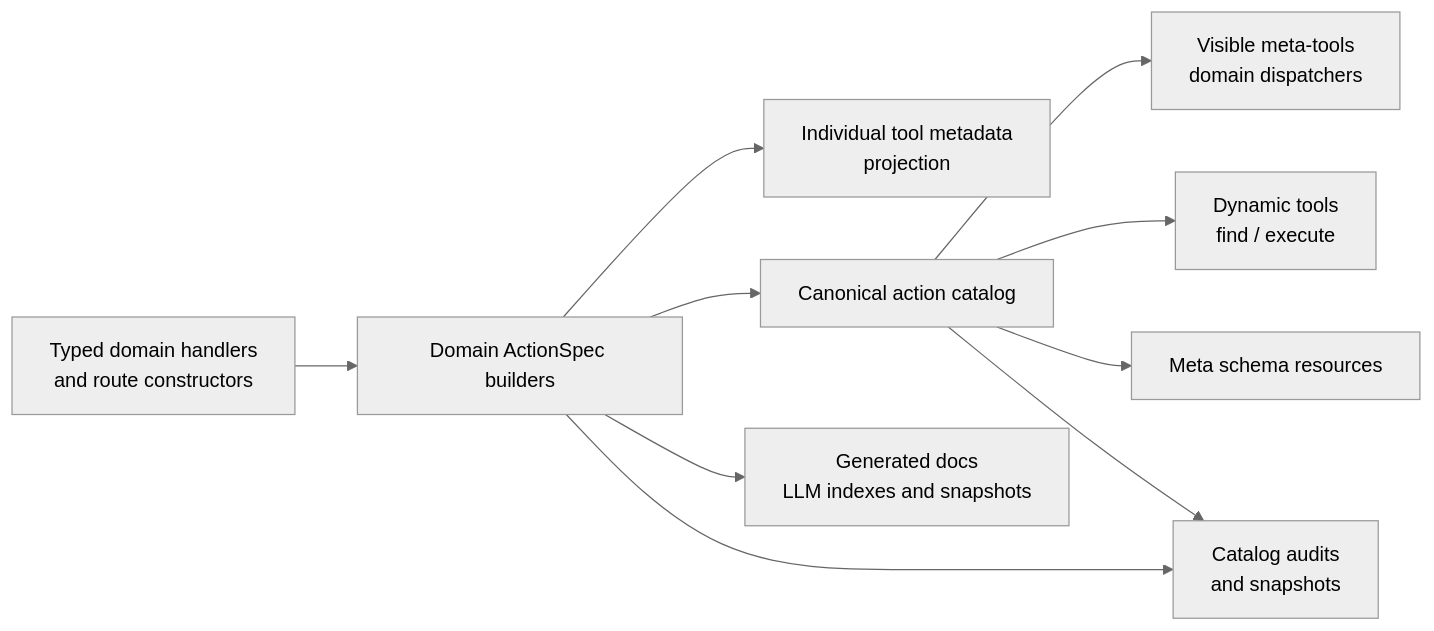
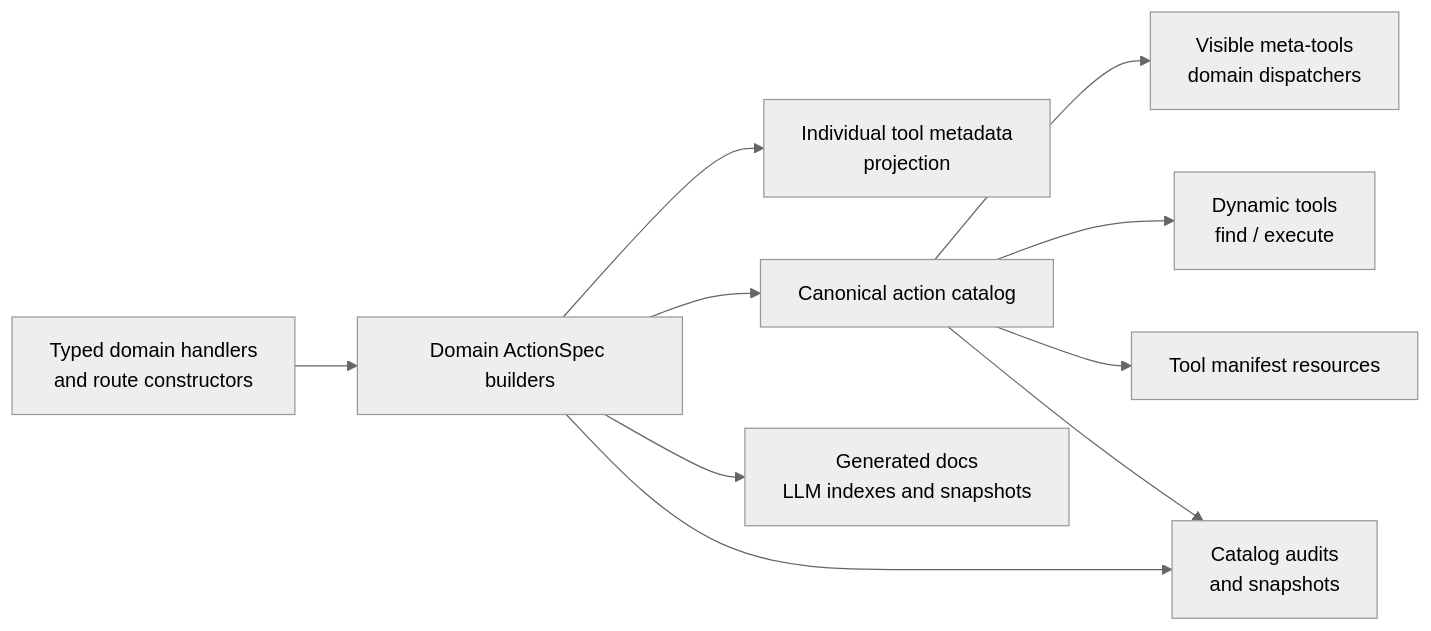
One commit to jmrplens/gitlab-mcp-server changed the first of 2 diagrams in docs/development/tool-surfaces-and-action-core.md. Above: the diagram before and after it, drawn with Mermaid (neutral theme). The commit also changed other lines of this file and 101 other files, not shown here.

First line of the commit message:
Add unified tool manifest and dynamic eval coverage (#129)

````diff
--- a/docs/development/tool-surfaces-and-action-core.md
+++ b/docs/development/tool-surfaces-and-action-core.md
@@ -37,22 +37,22 @@
 ```mermaid
 flowchart LR
         handlers[Typed domain handlers\nand route constructors]
     specs[Domain ActionSpec builders]
   individual[Individual tool metadata\nprojection]
         catalog[Canonical action catalog]
         meta[Visible meta-tools\ndomain dispatchers]
         dynamic[Dynamic tools\nfind / execute]
-    schemas[Meta schema resources]
+    manifest[Tool manifest resources]
   docs[Generated docs\nLLM indexes and snapshots]
     audits[Catalog audits\nand snapshots]
 
     handlers --> specs
   specs --> individual
     specs --> catalog
         catalog --> meta
         catalog --> dynamic
-    catalog --> schemas
+    catalog --> manifest
   specs --> docs
     catalog --> audits
   specs --> audits
 ```
````
